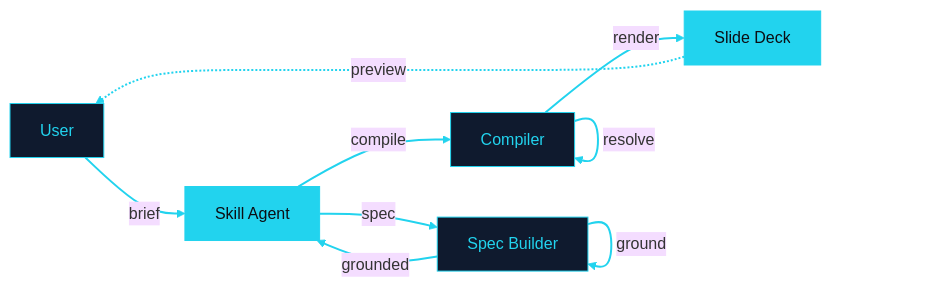
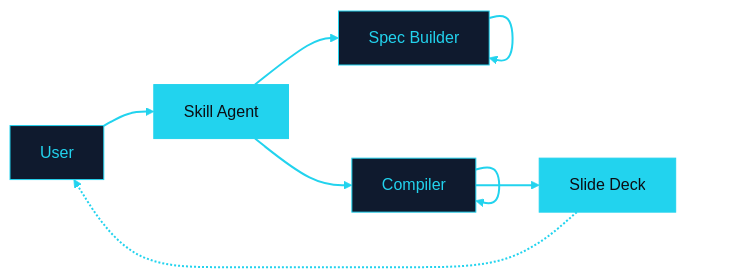
The third of 4 diagrams in examples/reference/pages/code.md (adewale/slide-maker), drawn with Mermaid (base theme) before and after one commit. The commit also changed other lines of this file and 1 other file, not shown here.

Commit message:
Remove Mermaid edge labels on dark backgrounds, update heuristics
Edge labels (-->|"text"|) render in Mermaid's default text color
(black/dark gray) which is invisible on dark slide backgrounds
(1.1:1 contrast). linkStyle only controls arrow stroke, not label
text. The fix: remove edge labels and explain flow in body text.

- Remove edge labels from reference slides 22-23 flowcharts
- Update COMPILER_RULES.md diagram reliability matrix to document
  that edge labels are unreadable on dark backgrounds
- Update node completeness rules: no edge labels on dark bg

````diff
--- a/examples/reference/pages/code.md
+++ b/examples/reference/pages/code.md
@@ -143,17 +143,16 @@
 ```mermaid {scale: 0.8}
 graph LR
-  U["User"] -->|"brief"| S["Skill Agent"]
-  S -->|"spec"| P["Spec Builder"]
-  P -->|"ground"| P
-  P -->|"grounded"| S
-  S -->|"compile"| C["Compiler"]
-  C -->|"resolve"| C
-  C -->|"render"| D["Slide Deck"]
-  D -.->|"preview"| U
+  U["User"] --> S["Skill Agent"]
+  S --> P["Spec Builder"]
+  P --> P
+  S --> C["Compiler"]
+  C --> C
+  C --> D["Slide Deck"]
+  D -.-> U
   style U fill:#0f1a2e,stroke:#22d3ee,color:#22d3ee
   style S fill:#22d3ee,stroke:#22d3ee,color:#0c0e14
   style P fill:#0f1a2e,stroke:#22d3ee,color:#22d3ee
   style C fill:#0f1a2e,stroke:#22d3ee,color:#22d3ee
   style D fill:#22d3ee,stroke:#22d3ee,color:#0c0e14
   linkStyle default stroke:#22d3ee,stroke-width:2px
 ```
````
